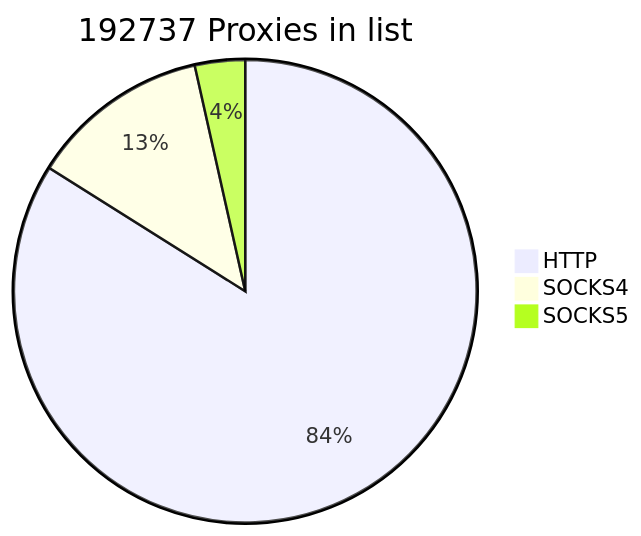
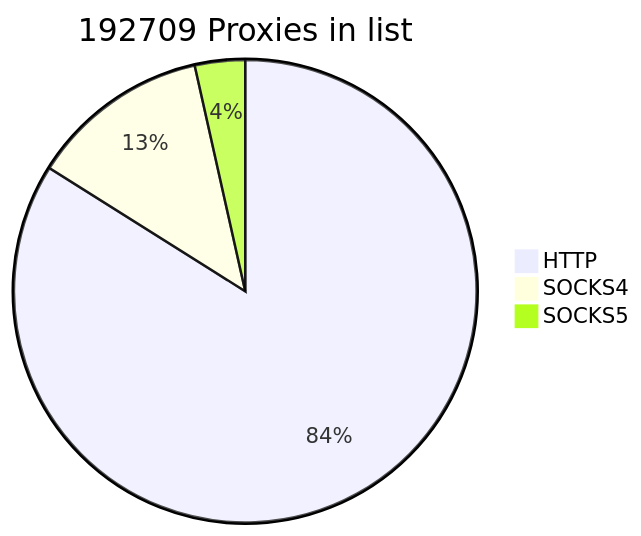
Before and after one commit to cutipu/proxylist: the first of 2 diagrams in README.md, drawn with Mermaid. The commit also changed other lines of this file, not shown here.

````diff
--- a/README.md
+++ b/README.md
@@ -2,7 +2,7 @@
 ```mermaid
-pie title 192737 Proxies in list
-    "HTTP" : 161777
+pie title 192709 Proxies in list
+    "HTTP" : 161749
     "SOCKS4" : 24201
     "SOCKS5" : 6759
             
 ```
````
